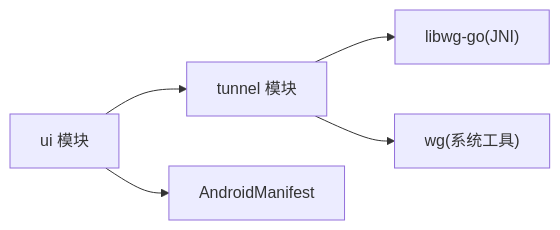
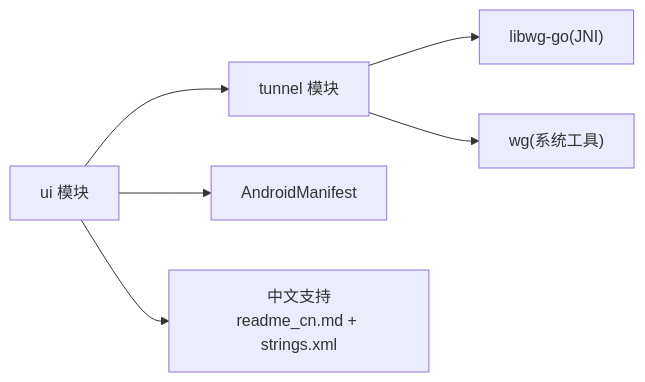
The eighth of 8 diagrams in .qoder/repowiki/zh/content/项目概述/项目介绍.md (tea4go/wireguard-android), drawn with Mermaid before and after one commit. The commit also changed other lines of this file and 4 other files, not shown here.

````diff
--- a/.qoder/repowiki/zh/content/项目概述/项目介绍.md
+++ b/.qoder/repowiki/zh/content/项目概述/项目介绍.md
@@ -303,7 +386,8 @@
 ```mermaid
 graph LR
 UI["ui 模块"] --> TUNNEL["tunnel 模块"]
 TUNNEL --> GO["libwg-go(JNI)"]
 TUNNEL --> WG["wg(系统工具)"]
 UI --> MAN["AndroidManifest"]
+UI --> CN["中文支持<br/>readme_cn.md + strings.xml"]
 ```
````
